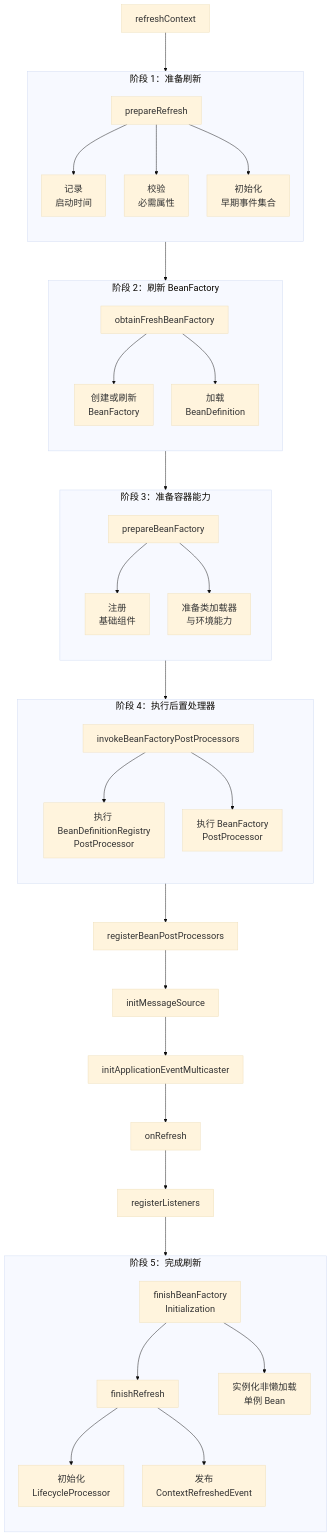
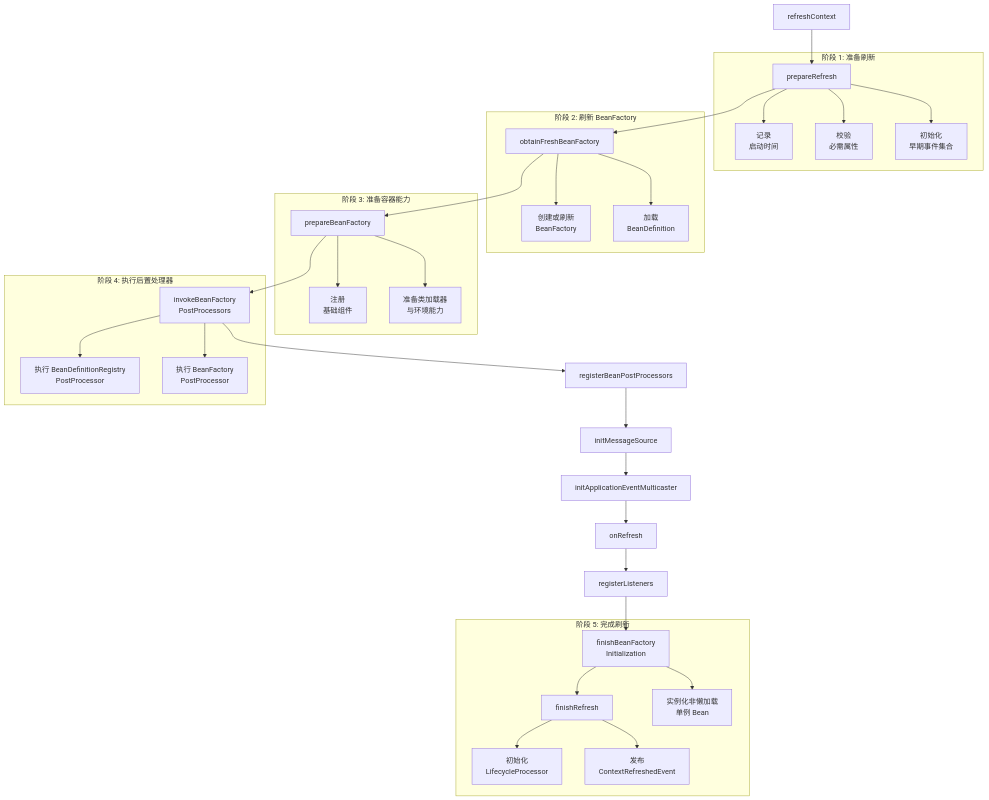
The second of 2 diagrams in _posts/2024-07-06-SpringBoot启动.markdown (zxNchuPG/zxNchuPG.github.io), drawn with Mermaid before and after one commit.

````diff
--- a/_posts/2024-07-06-SpringBoot启动.markdown
+++ b/_posts/2024-07-06-SpringBoot启动.markdown
@@ -80,72 +80,54 @@
 ```mermaid
-%%{init: {
-  "theme": "base",
-  "themeVariables": {
-    "fontSize": "20px"
-  },
-  "flowchart": {
-    "useMaxWidth": true,
-    "htmlLabels": true,
-    "nodeSpacing": 40,
-    "rankSpacing": 85,
-    "curve": "basis"
-  }
-}}%%
 flowchart TD
     R[refreshContext]
     R --> R1[prepareRefresh]
     R1 --> R2[obtainFreshBeanFactory]
     R2 --> R3[prepareBeanFactory]
-    R3 --> R4[invokeBeanFactoryPostProcessors]
+    R3 --> R4[invokeBeanFactory<br>PostProcessors]
     R4 --> R5[registerBeanPostProcessors]
     R5 --> R6[initMessageSource]
     R6 --> R7[initApplicationEventMulticaster]
     R7 --> R8[onRefresh]
     R8 --> R9[registerListeners]
-    R9 --> R10[finishBeanFactory<br/>Initialization]
+    R9 --> R10[finishBeanFactory<br>Initialization]
     R10 --> R11[finishRefresh]
 
-    subgraph S1[阶段 1：准备刷新]
-        direction TB
-        R1a[记录<br/>启动时间]
-        R1b[校验<br/>必需属性]
-        R1c[初始化<br/>早期事件集合]
+    subgraph S1 [阶段 1: 准备刷新]
+        R1a[记录<br>启动时间]
+        R1b[校验<br>必需属性]
+        R1c[初始化<br>早期事件集合]
         R1 --> R1a
         R1 --> R1b
         R1 --> R1c
     end
 
-    subgraph S2[阶段 2：刷新 BeanFactory]
-        direction TB
-        R2a[创建或刷新<br/>BeanFactory]
-        R2b[加载<br/>BeanDefinition]
+    subgraph S2 [阶段 2: 刷新 BeanFactory]
+        R2a[创建或刷新<br>BeanFactory]
+        R2b[加载<br>BeanDefinition]
         R2 --> R2a
         R2 --> R2b
     end
 
-    subgraph S3[阶段 3：准备容器能力]
-        direction TB
-        R3a[注册<br/>基础组件]
-        R3b[准备类加载器<br/>与环境能力]
+    subgraph S3 [阶段 3: 准备容器能力]
+        R3a[注册<br>基础组件]
+        R3b[准备类加载器<br>与环境能力]
         R3 --> R3a
         R3 --> R3b
     end
 
-    subgraph S4[阶段 4：执行后置处理器]
-        direction TB
-        R4a[执行 BeanDefinitionRegistry<br/>PostProcessor]
-        R4b[执行 BeanFactory<br/>PostProcessor]
+    subgraph S4 [阶段 4: 执行后置处理器]
+        R4a[执行 BeanDefinitionRegistry<br>PostProcessor]
+        R4b[执行 BeanFactory<br>PostProcessor]
         R4 --> R4a
         R4 --> R4b
     end
 
-    subgraph S5[阶段 5：完成刷新]
-        direction TB
-        R10a[实例化非懒加载<br/>单例 Bean]
-        R11a[初始化<br/>LifecycleProcessor]
-        R11b[发布<br/>ContextRefreshedEvent]
+    subgraph S5 [阶段 5: 完成刷新]
+        R10a[实例化非懒加载<br>单例 Bean]
+        R11a[初始化<br>LifecycleProcessor]
+        R11b[发布<br>ContextRefreshedEvent]
         R10 --> R10a
         R11 --> R11a
         R11 --> R11b
     end
 ```
````
